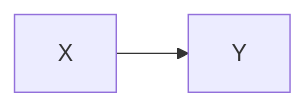
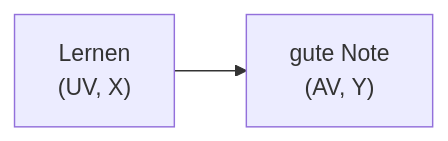
One commit to sebastiansauer/statistik1 changed the fifth of 6 diagrams in 010-rahmen.qmd. Above: the diagram before and after it, drawn with Mermaid. The commit also changed other lines of this file and 9 other files, not shown here.

````diff
--- a/010-rahmen.qmd
+++ b/010-rahmen.qmd
@@ -1079,9 +1079,8 @@
 ```{mermaid}
 %%| fig-cap: X und Y als synonyme Bezeichnungen für Input- und Output-Variablen einer Forschungsfrage
 %%| label: fig-ueberblick-fragen
 %%| fig-height: 0.5
 
-
 graph LR
-    X --> Y
+    X["Lernen<br>(UV, X)"] --> Y["gute Note<br>(AV, Y)"]
 ```
````
